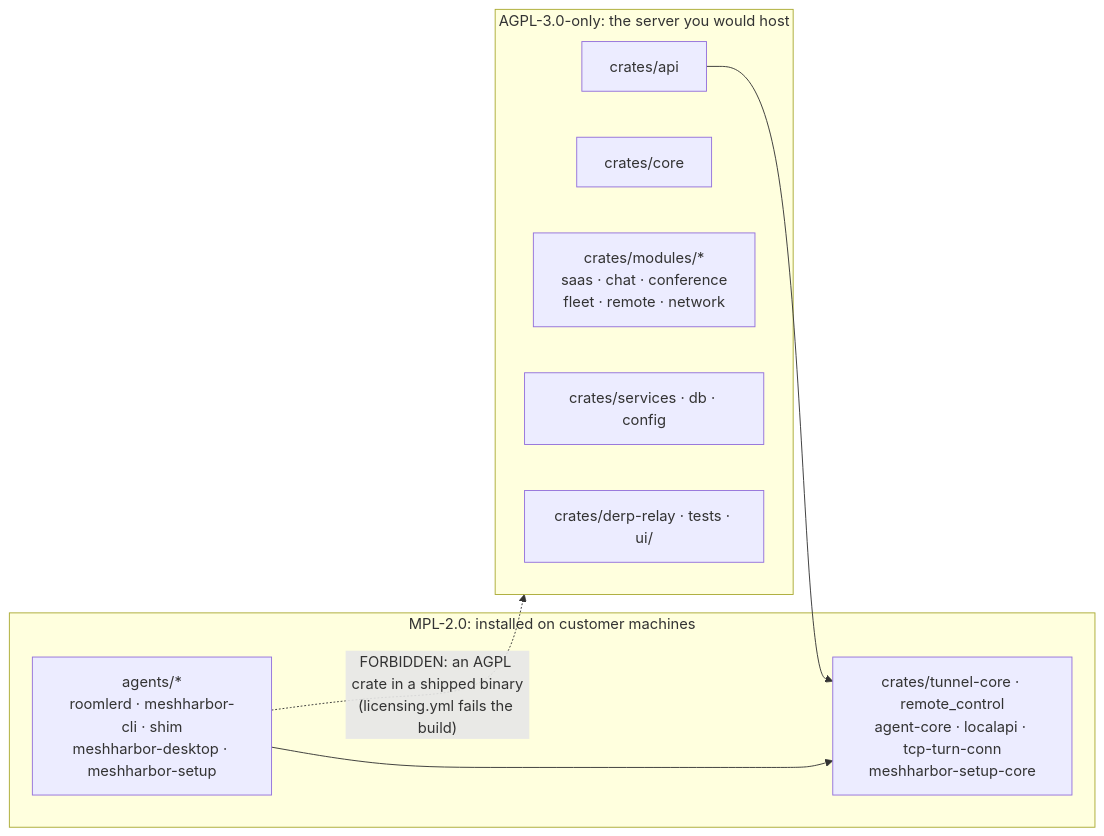
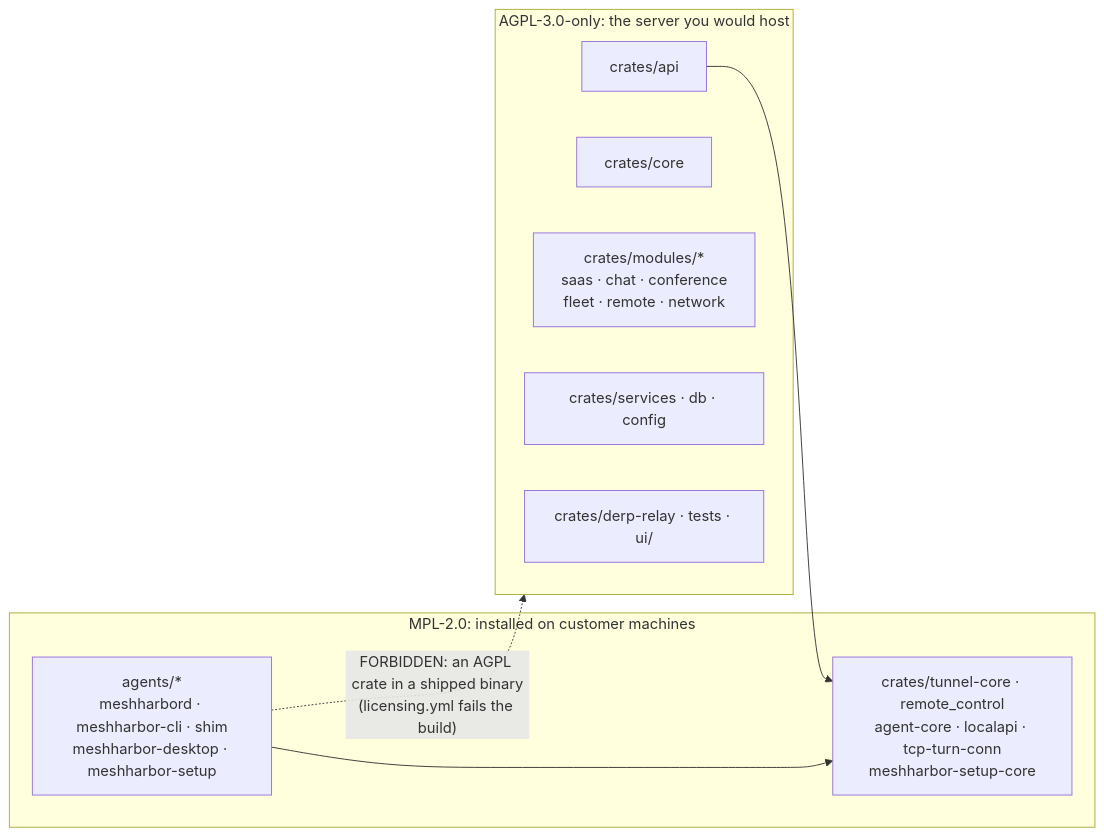
The first of 2 diagrams in docs/licensing.md (jk-zhang-meta/MeshHarbor), drawn with Mermaid before and after one commit. The commit also changed other lines of this file and 682 other files, not shown here.

````diff
--- a/docs/licensing.md
+++ b/docs/licensing.md
@@ -13,17 +13,17 @@
 ```mermaid
 flowchart LR
     subgraph server["AGPL-3.0-only: the server you would host"]
         API["crates/api"]
         CORE["crates/core"]
         MODS["crates/modules/*<br/>saas · chat · conference<br/>fleet · remote · network"]
         SVC["crates/services · db · config"]
         MISC["crates/derp-relay · tests · ui/"]
     end
     subgraph client["MPL-2.0: installed on customer machines"]
-        AGENTS["agents/*<br/>roomlerd · meshharbor-cli · shim<br/>meshharbor-desktop · meshharbor-setup"]
+        AGENTS["agents/*<br/>meshharbord · meshharbor-cli · shim<br/>meshharbor-desktop · meshharbor-setup"]
         SHARED["crates/tunnel-core · remote_control<br/>agent-core · localapi · tcp-turn-conn<br/>meshharbor-setup-core"]
     end
     API --> SHARED
     AGENTS --> SHARED
     AGENTS -.->|"FORBIDDEN: an AGPL crate in a shipped binary<br/>(licensing.yml fails the build)"| server
 ```
````
